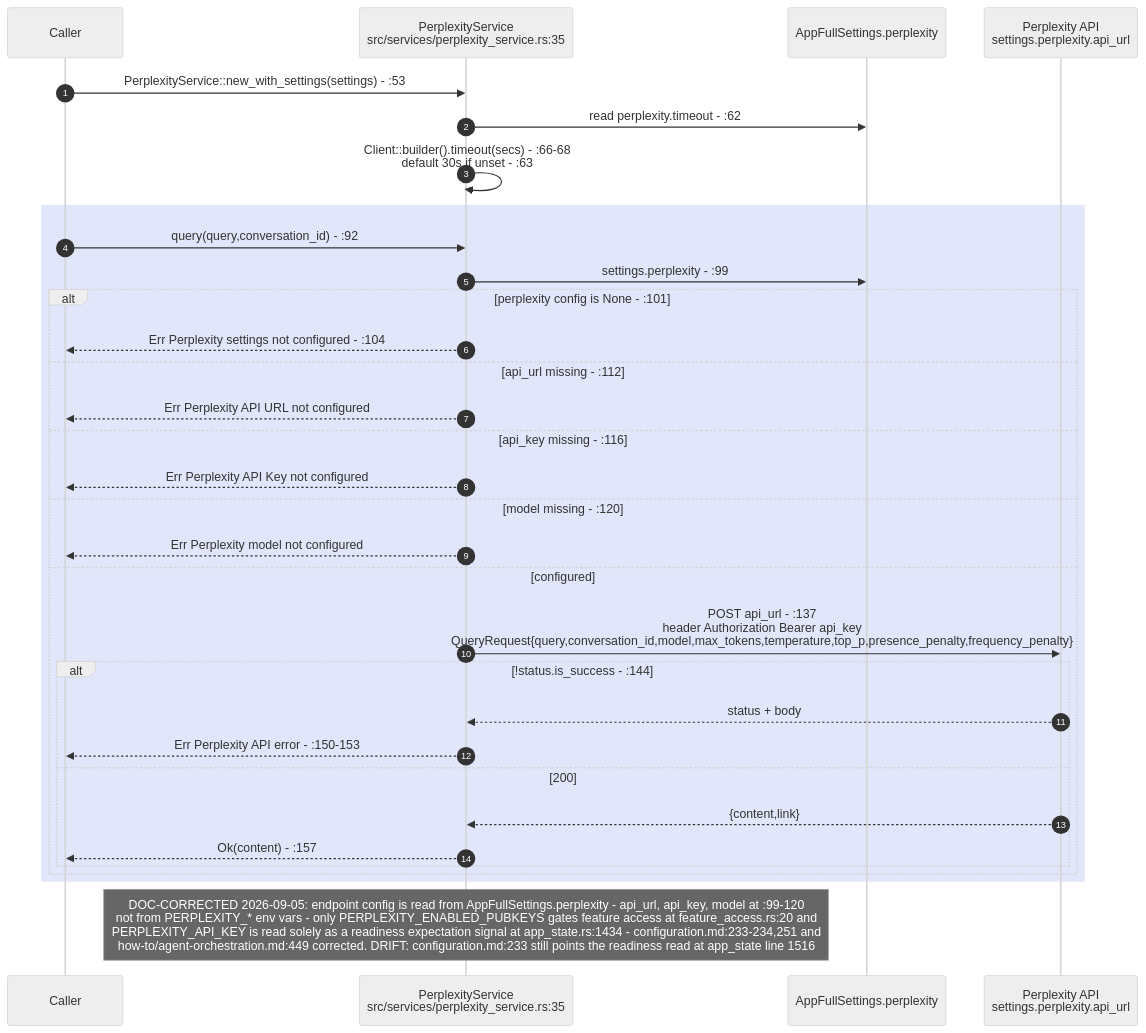
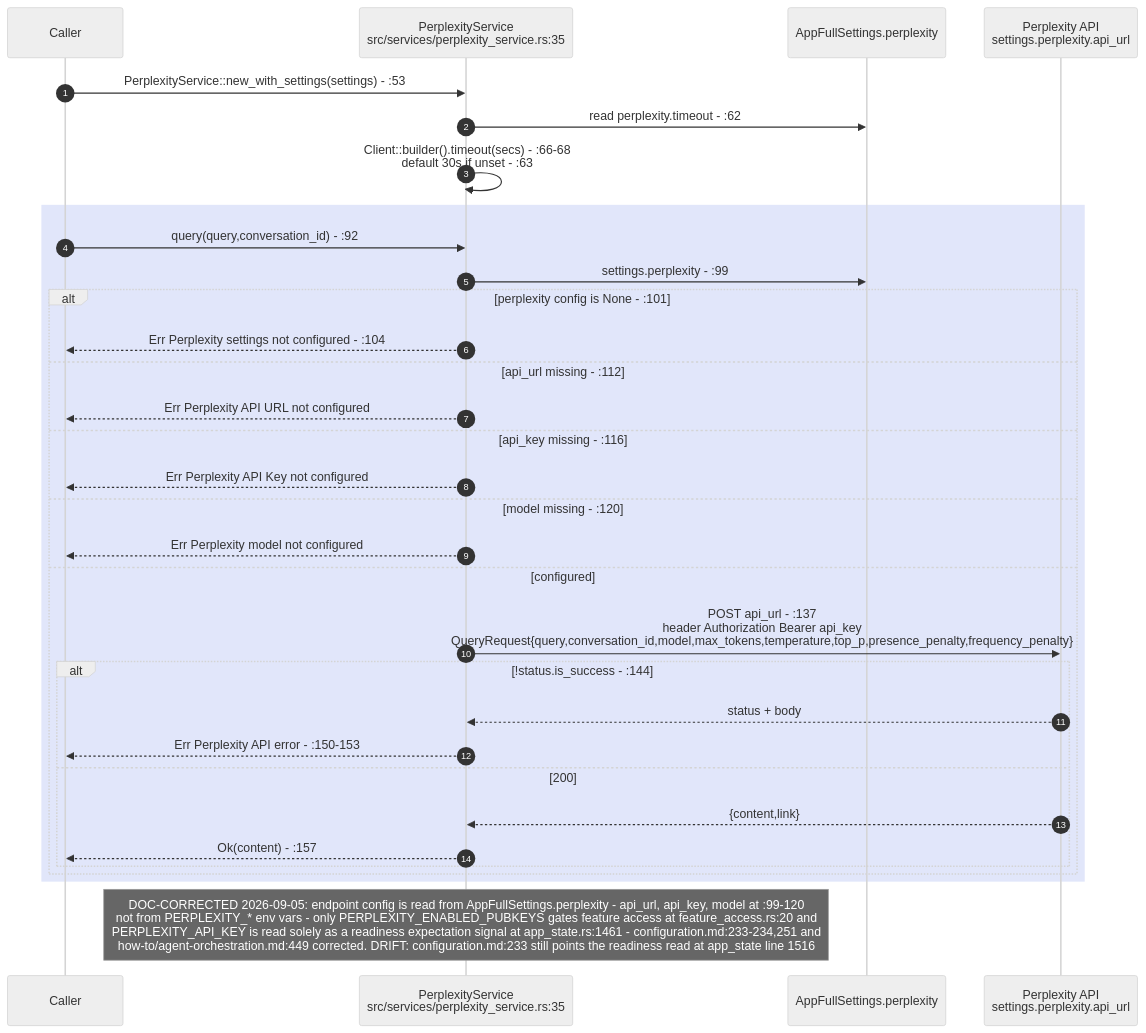
The third of 8 diagrams in docs/diagrams/visionclaw/28-external-services.md (DreamLab-AI/VisionFlow), drawn with Mermaid (neutral theme) before and after one commit. The commit also changed other lines of this file and 154 other files, not shown here.

First line of the commit message:
docs(diagrams): re-stamp 154 topics whose every citation still reads the same text at the current heads

````diff
--- a/docs/diagrams/visionclaw/28-external-services.md
+++ b/docs/diagrams/visionclaw/28-external-services.md
@@ -149,36 +149,36 @@
 ```mermaid
 sequenceDiagram
     autonumber
     participant Caller
     participant PS as PerplexityService<br/>src/services/perplexity_service.rs:35
     participant SET as AppFullSettings.perplexity
     participant PX as Perplexity API<br/>settings.perplexity.api_url
 
     Caller->>PS: PerplexityService::new_with_settings(settings) - :53
     PS->>SET: read perplexity.timeout - :62
     PS->>PS: Client::builder().timeout(secs) - :66-68<br/>default 30s if unset - :63
 
     rect rgb(225,230,250)
     Caller->>PS: query(query,conversation_id) - :92
     PS->>SET: settings.perplexity - :99
     alt perplexity config is None - :101
         PS-->>Caller: Err Perplexity settings not configured - :104
     else api_url missing - :112
         PS-->>Caller: Err Perplexity API URL not configured
     else api_key missing - :116
         PS-->>Caller: Err Perplexity API Key not configured
     else model missing - :120
         PS-->>Caller: Err Perplexity model not configured
     else configured
         PS->>PX: POST api_url - :137<br/>header Authorization Bearer api_key<br/>QueryRequest{query,conversation_id,model,max_tokens,temperature,top_p,presence_penalty,frequency_penalty}
         alt !status.is_success - :144
             PX-->>PS: status + body
             PS-->>Caller: Err Perplexity API error - :150-153
         else 200
             PX-->>PS: {content,link}
             PS-->>Caller: Ok(content) - :157
         end
     end
     end
-    Note over PS: DOC-CORRECTED 2026-09-05: endpoint config is read from AppFullSettings.perplexity - api_url, api_key, model at :99-120<br/>not from PERPLEXITY_* env vars - only PERPLEXITY_ENABLED_PUBKEYS gates feature access at feature_access.rs:20 and<br/>PERPLEXITY_API_KEY is read solely as a readiness expectation signal at app_state.rs:1434 - configuration.md:233-234,251 and<br/>how-to/agent-orchestration.md:449 corrected. DRIFT: configuration.md:233 still points the readiness read at app_state line 1516
+    Note over PS: DOC-CORRECTED 2026-09-05: endpoint config is read from AppFullSettings.perplexity - api_url, api_key, model at :99-120<br/>not from PERPLEXITY_* env vars - only PERPLEXITY_ENABLED_PUBKEYS gates feature access at feature_access.rs:20 and<br/>PERPLEXITY_API_KEY is read solely as a readiness expectation signal at app_state.rs:1461 - configuration.md:233-234,251 and<br/>how-to/agent-orchestration.md:449 corrected. DRIFT: configuration.md:233 still points the readiness read at app_state line 1516
 ```
````
